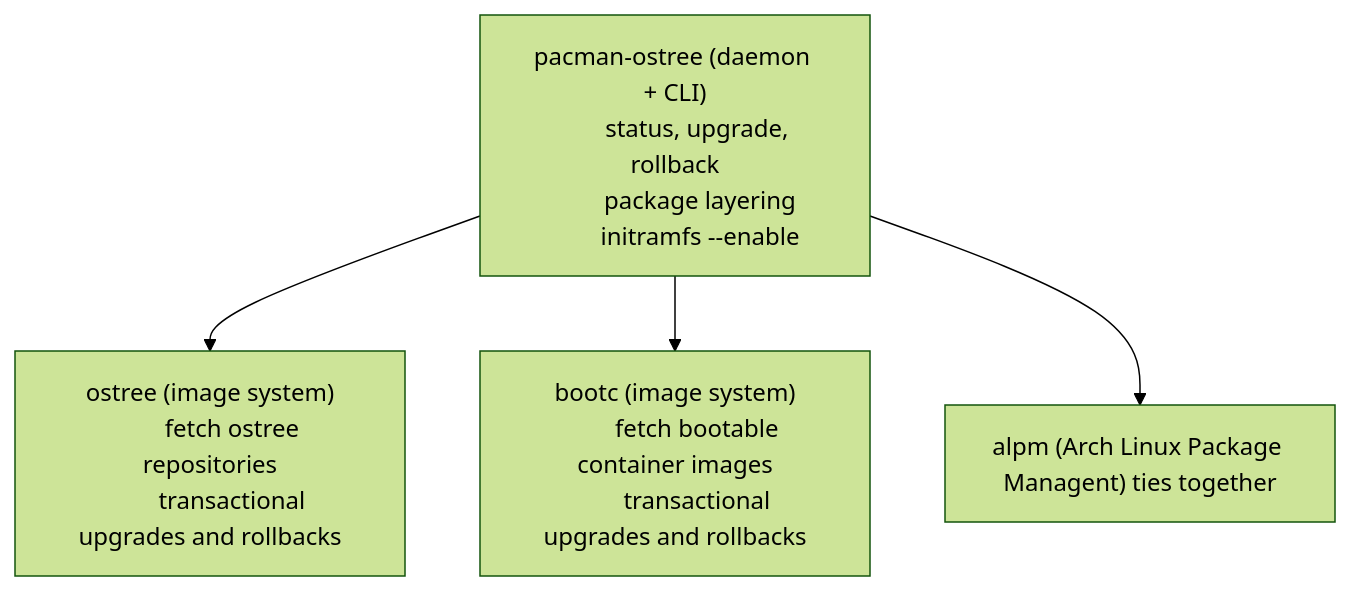
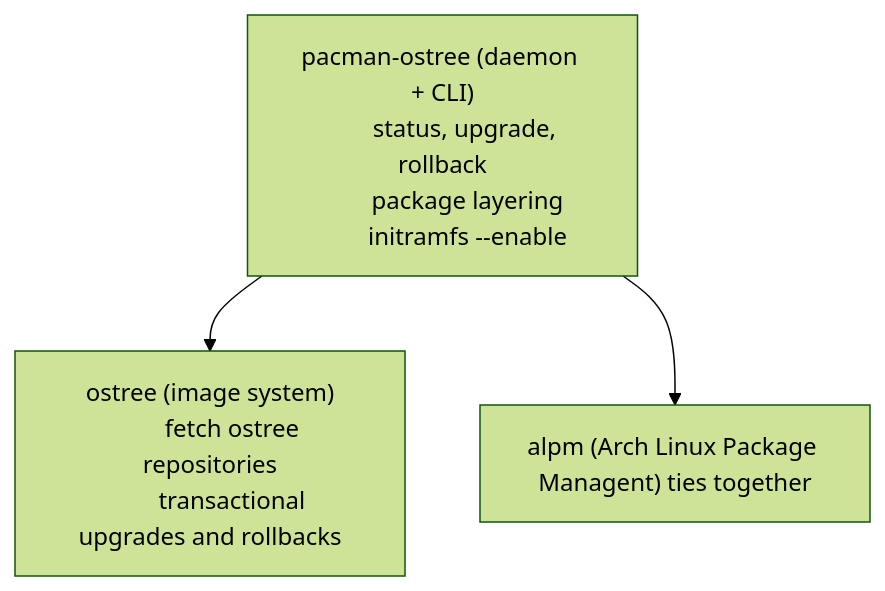
One commit to ImmutableArch/pacman-ostree changed the diagram in README.md. Above: the diagram before and after it, drawn with Mermaid (forest theme).

````diff
--- a/README.md
+++ b/README.md
@@ -8,19 +8,15 @@
 ```mermaid
 flowchart TD
     pacmanostree["pacman-ostree (daemon + CLI)
         status, upgrade, rollback
         package layering
         initramfs --enable"] 
-    bootc["bootc (image system)
-        fetch bootable container images
-        transactional upgrades and rollbacks"]
     ostree["ostree (image system)
         fetch ostree repositories
         transactional upgrades and rollbacks"]
     alpm["alpm (Arch Linux Package Managent) ties together
         "]
 
     pacmanostree --> ostree
-    pacmanostree --> bootc
     pacmanostree --> alpm
 ```
````
